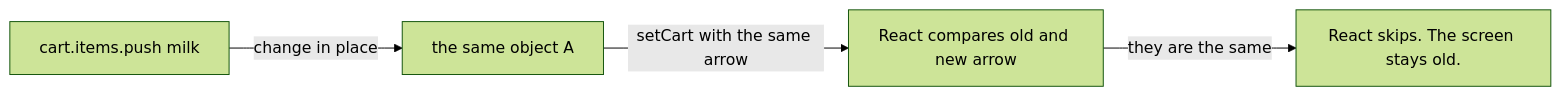
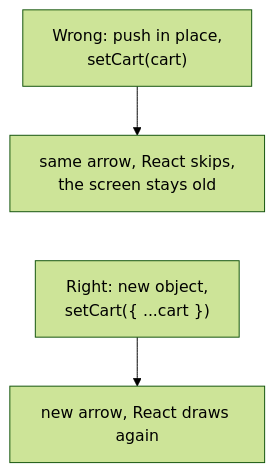
The fifth of 5 diagrams in learn/javascript/03-reference-vs-copy.md (starjustice/research-material), drawn with Mermaid (forest theme) before and after one commit. The commit also changed other lines of this file, not shown here.

````diff
--- a/learn/javascript/03-reference-vs-copy.md
+++ b/learn/javascript/03-reference-vs-copy.md
@@ -122,6 +237,6 @@
 ```mermaid
-graph LR
-    W1["cart.items.push milk"] -->|change in place| W2["the same object A"]
-    W2 -->|setCart with the same arrow| W3["React compares old and new arrow"]
-    W3 -->|they are the same| W4["React skips. The screen stays old."]
+graph TB
+    W["Wrong: push in place,<br/>setCart(cart)"] --> W2["same arrow, React skips,<br/>the screen stays old"]
+    W2 ~~~ R["Right: new object,<br/>setCart({ ...cart })"]
+    R --> R2["new arrow, React draws again"]
 ```
````
